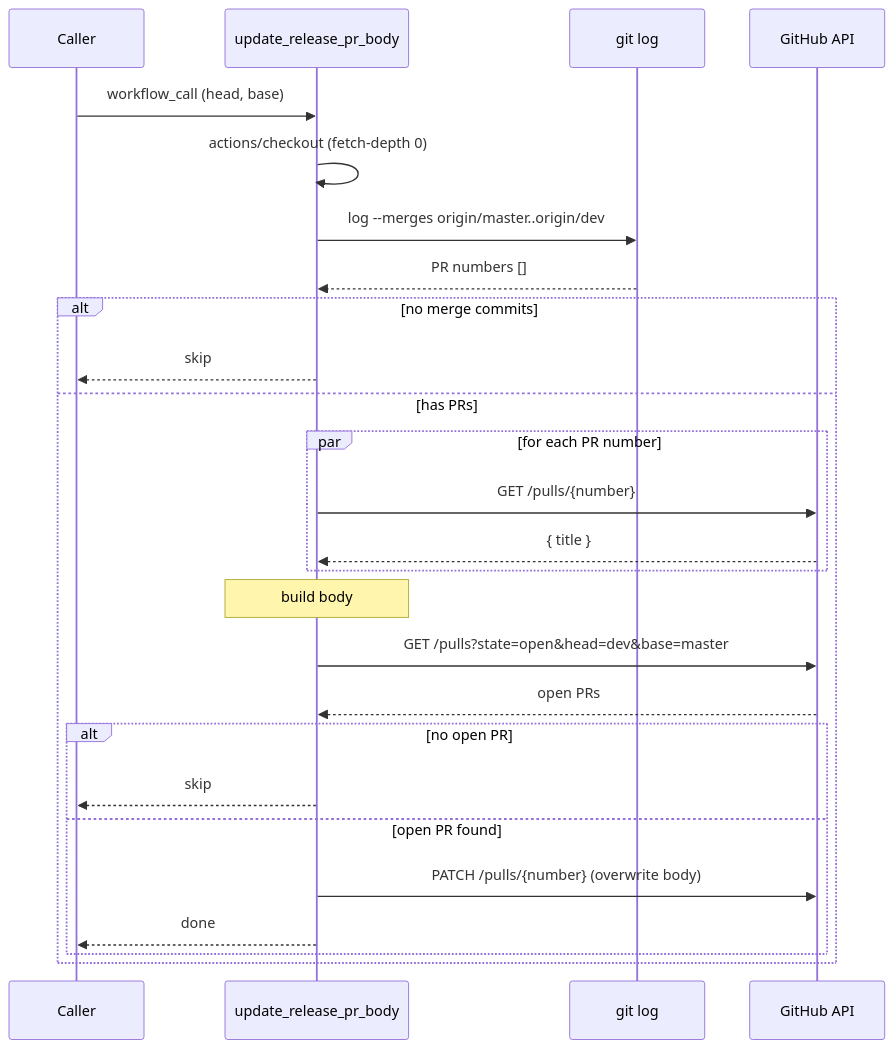
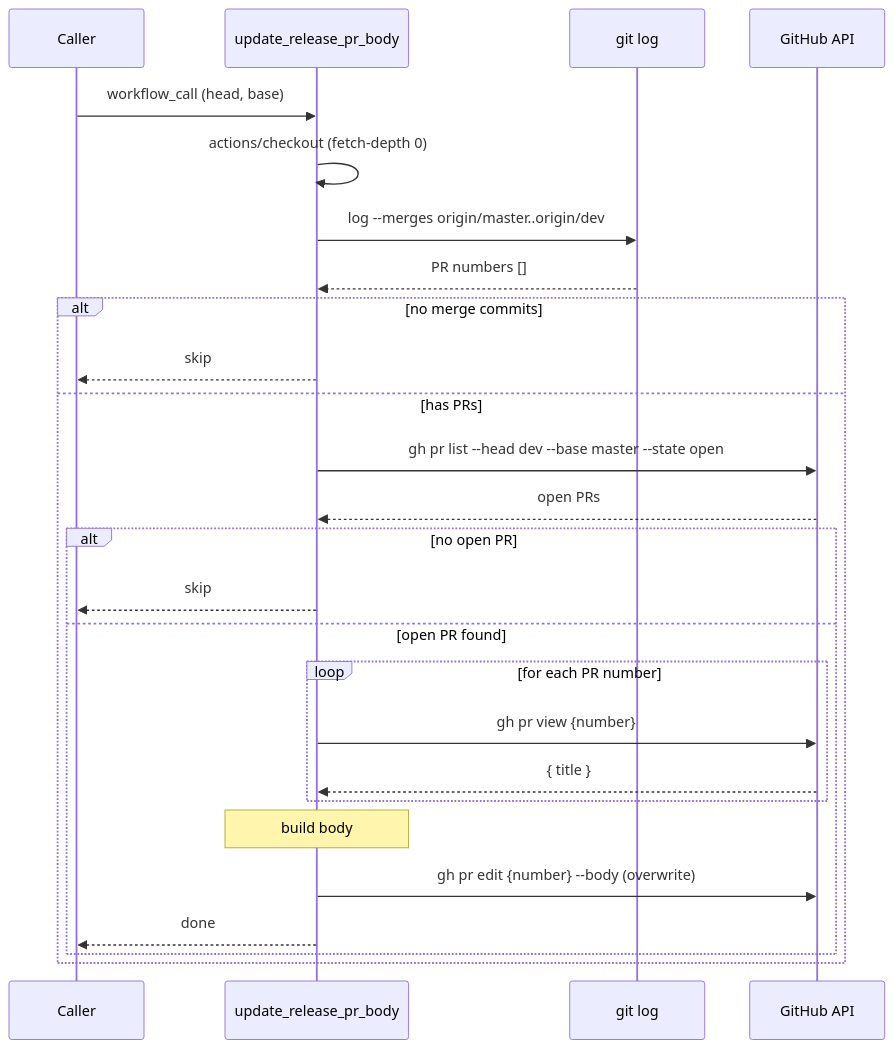
Before and after one commit to CoolBitX-Technology/cp-workflow-template: the third of 3 diagrams in docs/plans/2026-10-12-auto-create-release-pr.md, drawn with Mermaid. The commit also changed other lines of this file and 3 other files, not shown here.

````diff
--- a/docs/plans/2026-10-12-auto-create-release-pr.md
+++ b/docs/plans/2026-10-12-auto-create-release-pr.md
@@ -174,33 +173,32 @@
 ```mermaid
 sequenceDiagram
     participant Caller
     participant RW as update_release_pr_body
     participant Git as git log
     participant GH as GitHub API
 
     Caller->>RW: workflow_call (head, base)
     RW->>RW: actions/checkout (fetch-depth 0)
 
     RW->>Git: log --merges origin/master..origin/dev
     Git-->>RW: PR numbers []
 
     alt no merge commits
         RW-->>Caller: skip
     else has PRs
-        par for each PR number
-            RW->>GH: GET /pulls/{number}
-            GH-->>RW: { title }
-        end
-        Note over RW: build body
-
-        RW->>GH: GET /pulls?state=open&head=dev&base=master
+        RW->>GH: gh pr list --head dev --base master --state open
         GH-->>RW: open PRs
 
         alt no open PR
             RW-->>Caller: skip
         else open PR found
-            RW->>GH: PATCH /pulls/{number} (overwrite body)
+            loop for each PR number
+                RW->>GH: gh pr view {number}
+                GH-->>RW: { title }
+            end
+            Note over RW: build body
+            RW->>GH: gh pr edit {number} --body (overwrite)
             RW-->>Caller: done
         end
     end
 ```
````
